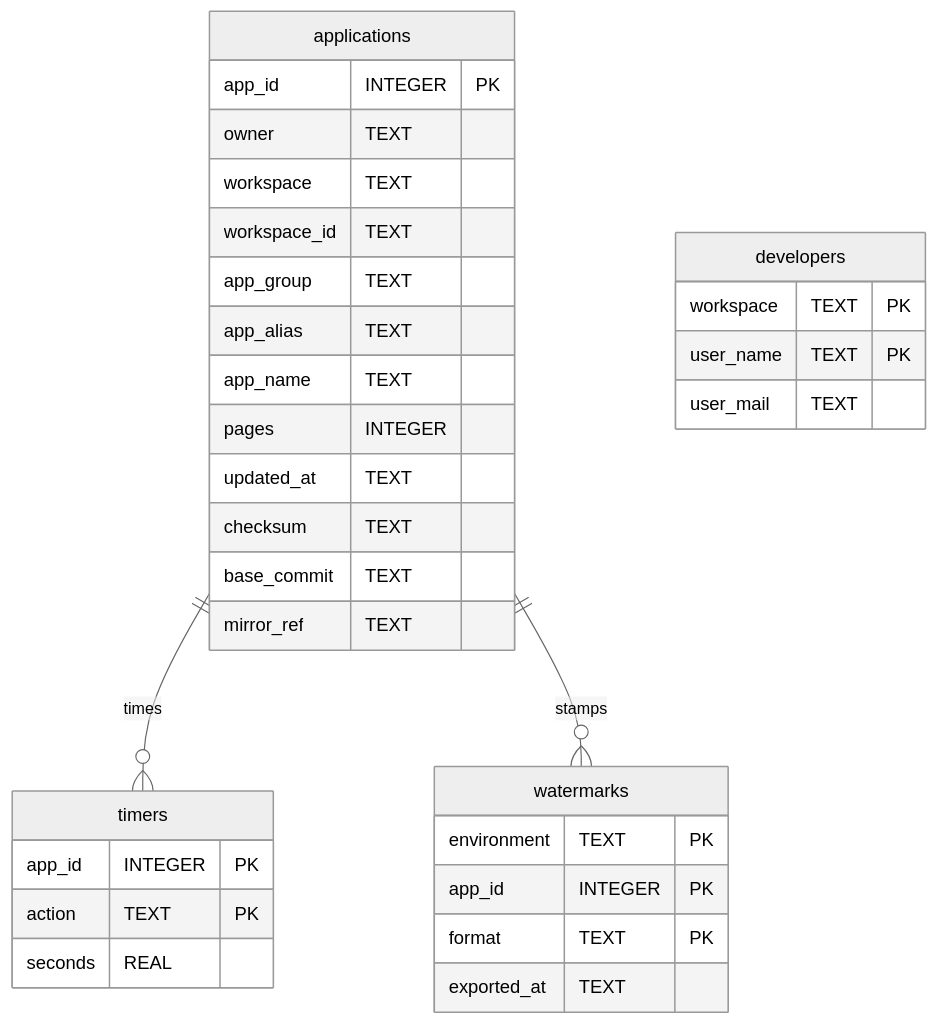
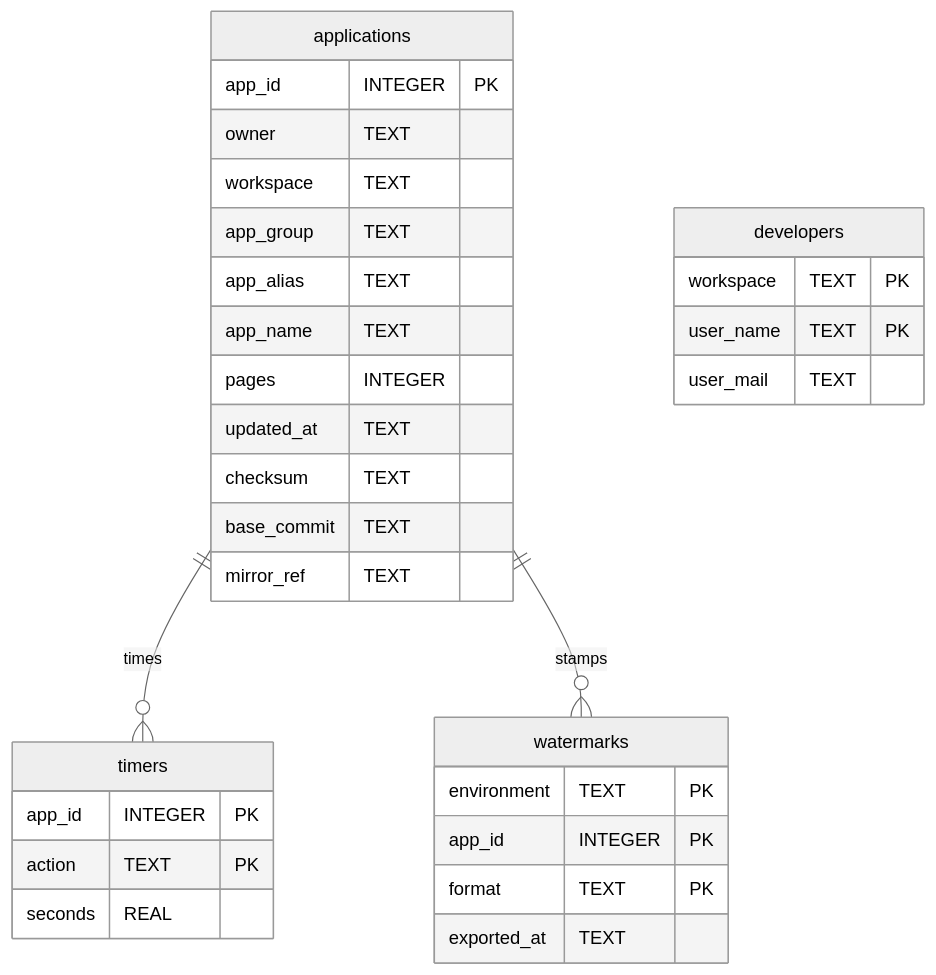
Before and after one commit to jkvetina/ADT.ai: the diagram in docs/storage_apex.md, drawn with Mermaid (neutral theme). The commit also changed other lines of this file and 80 other files, not shown here.

````diff
--- a/docs/storage_apex.md
+++ b/docs/storage_apex.md
@@ -9,35 +9,34 @@
 ```mermaid
 erDiagram
     applications {
         app_id INTEGER PK
         owner TEXT
         workspace TEXT
-        workspace_id TEXT
         app_group TEXT
         app_alias TEXT
         app_name TEXT
         pages INTEGER
         updated_at TEXT
         checksum TEXT
         base_commit TEXT
         mirror_ref TEXT
     }
     developers {
         workspace TEXT PK
         user_name TEXT PK
         user_mail TEXT
     }
     timers {
         app_id INTEGER PK
         action TEXT PK
         seconds REAL
     }
     watermarks {
         environment TEXT PK
         app_id INTEGER PK
         format TEXT PK
         exported_at TEXT
     }
     applications ||--o{ timers : times
     applications ||--o{ watermarks : stamps
 ```
````
